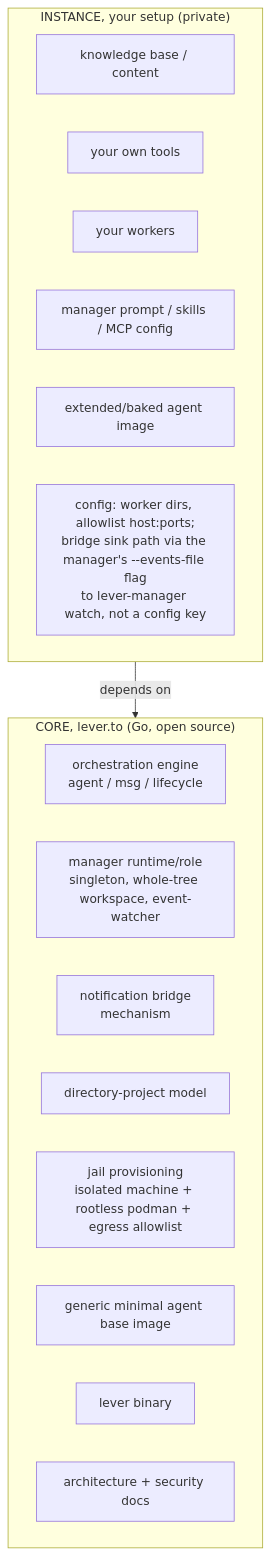
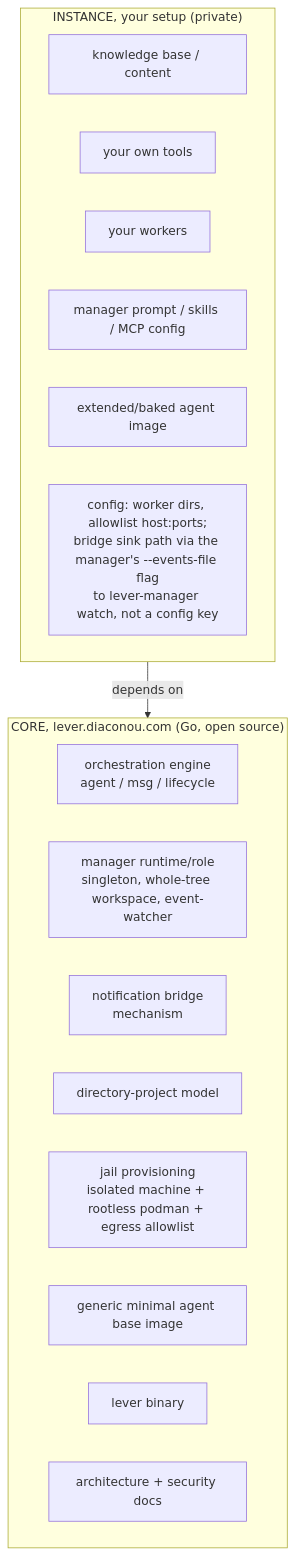
The diagram in docs-site/_guides/core-vs-instance.md (stevegeek/lever), drawn with Mermaid before and after one commit. The commit also changed other lines of this file and 3 other files, not shown here.

Commit message:
Move site references from lever.to to lever.diaconou.com

````diff
--- a/docs-site/_guides/core-vs-instance.md
+++ b/docs-site/_guides/core-vs-instance.md
@@ -18,22 +18,22 @@
 ```mermaid
 graph TD
-    subgraph core["CORE, lever.to (Go, open source)"]
+    subgraph core["CORE, lever.diaconou.com (Go, open source)"]
         ENG[orchestration engine<br/>agent / msg / lifecycle]
         MGR[manager runtime/role<br/>singleton, whole-tree workspace, event-watcher]
         BR[notification bridge<br/>mechanism]
         PM[directory-project model]
         JAIL[jail provisioning<br/>isolated machine + rootless podman + egress allowlist]
         IMG[generic minimal agent base image]
         BIN[lever binary]
         DOCS[architecture + security docs]
     end
     subgraph inst["INSTANCE, your setup (private)"]
         KB[knowledge base / content]
         TOOLS[your own tools]
         WORKERS[your workers]
         MCFG[manager prompt / skills / MCP config]
         EXTIMG[extended/baked agent image]
         CFG[config: worker dirs, allowlist host:ports;<br/>bridge sink path via the manager's --events-file flag<br/>to lever-manager watch, not a config key]
     end
     inst -->|depends on| core
 ```
````
